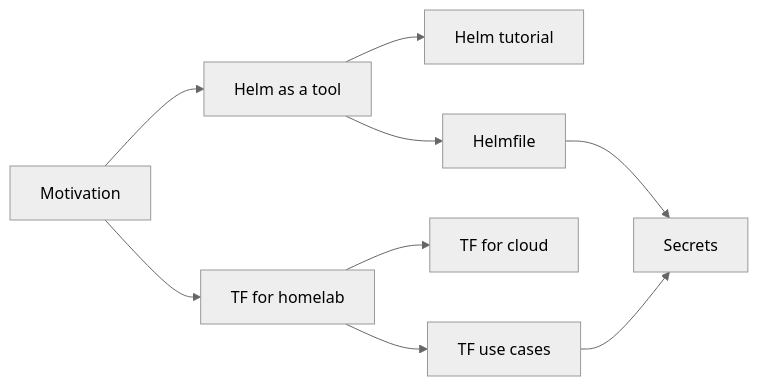
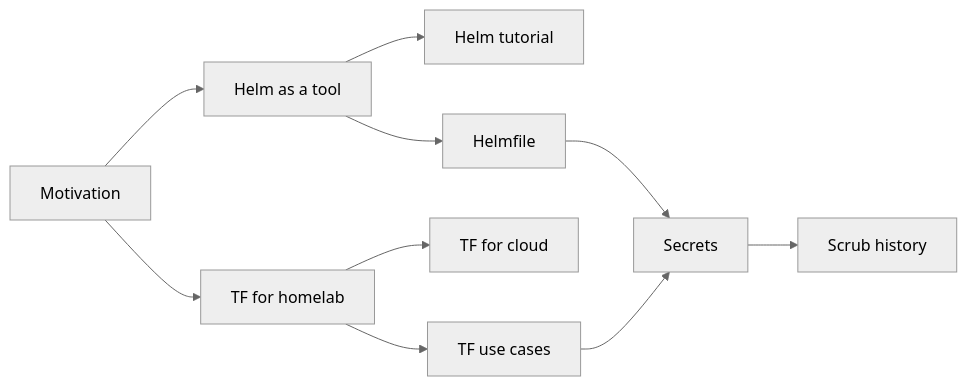
One commit to bvraghav/homelab changed the diagram in docs/blog/MANIFEST.md. Above: the diagram before and after it, drawn with Mermaid (neutral theme). The commit also changed other lines of this file and 2 other files, not shown here.

First line of the commit message:
Add tutorial on scrubbing secrets from shell history

````diff
--- a/docs/blog/MANIFEST.md
+++ b/docs/blog/MANIFEST.md
@@ -23,11 +23,12 @@
 ```mermaid
 flowchart LR
   M[Motivation] --> H[Helm as a tool]
   H --> HT[Helm tutorial]
   H --> HF[Helmfile]
   M --> T1[TF for homelab]
   T1 --> T2[TF for cloud]
   T1 --> T3[TF use cases]
   T3 --> S[Secrets]
+  S --> SH[Scrub history]
   HF --> S
 ```
````
